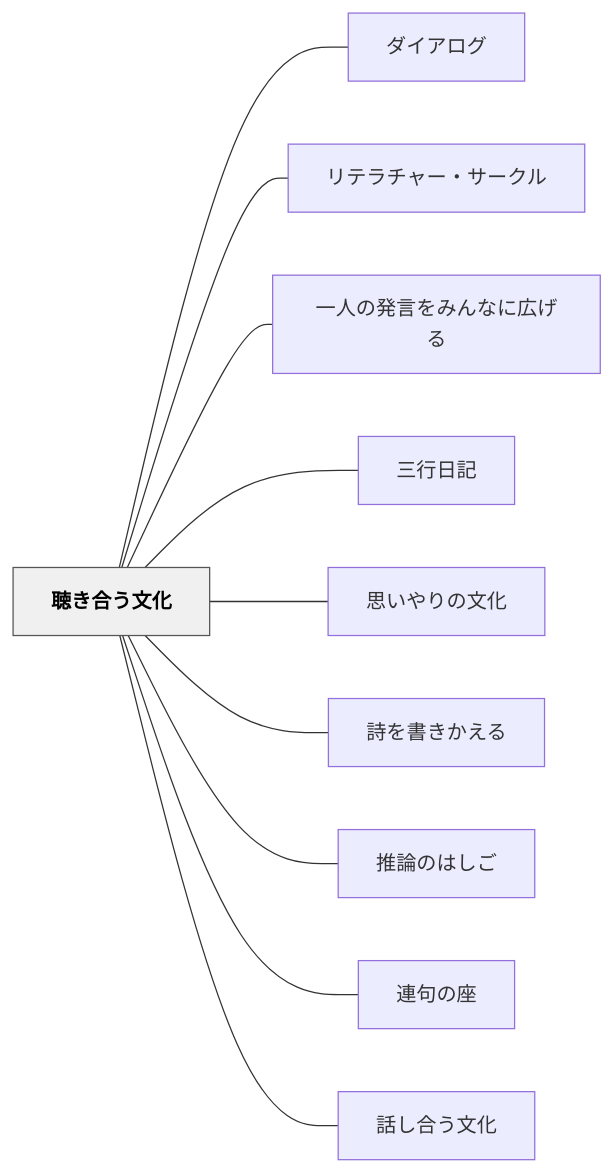
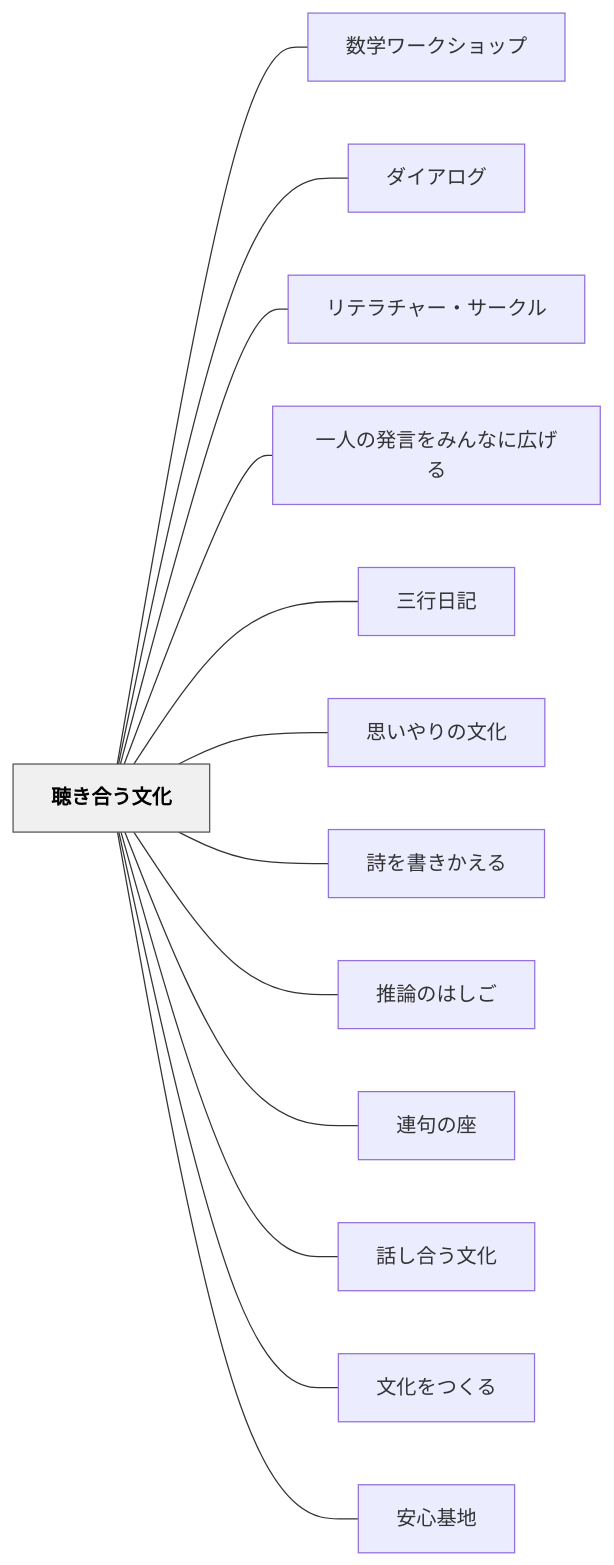
Before and after one commit to unknownthings-ed-patterns/unknownthings-ed-patterns: the diagram in content/パタン/聴き合う文化.md, drawn with Mermaid. The commit also changed other lines of this file and 100 other files, not shown here.

````diff
--- a/content/パタン/聴き合う文化.md
+++ b/content/パタン/聴き合う文化.md
@@ -69,26 +69,32 @@
 ```mermaid
 flowchart LR
     ne881b4e3818de59088e38186e69687e58c96["聴き合う文化"]
+    ne695b0e5ada6e383afe383bce382afe382b7e383a7e38383e38397["数学ワークショップ"]
     ne38380e382a4e382a2e383ade382b0["ダイアログ"]
     ne383aae38386e383a9e38381e383a3e383bce383bbe382b5e383bce382afe383ab["リテラチャー・サークル"]
     ne4b880e4babae381aee799bae8a880e38292e381bfe38293e381aae381abe5ba83e38192e3828b["一人の発言をみんなに広げる"]
     ne4b889e8a18ce697a5e8a898["三行日記"]
     ne6809de38184e38284e3828ae381aee69687e58c96["思いやりの文化"]
     ne8a9a9e38292e69bb8e3818de3818be38188e3828b["詩を書きかえる"]
     ne68ea8e8ab96e381aee381afe38197e38194["推論のはしご"]
     ne980a3e58fa5e381aee5baa7["連句の座"]
     ne8a9b1e38197e59088e38186e69687e58c96["話し合う文化"]
+    ne69687e58c96e38292e381a4e3818fe3828b["文化をつくる"]
+    ne5ae89e5bf83e59fbae59cb0["安心基地"]
 
+    ne881b4e3818de59088e38186e69687e58c96 --- ne695b0e5ada6e383afe383bce382afe382b7e383a7e38383e38397
     ne881b4e3818de59088e38186e69687e58c96 --- ne38380e382a4e382a2e383ade382b0
     ne881b4e3818de59088e38186e69687e58c96 --- ne383aae38386e383a9e38381e383a3e383bce383bbe382b5e383bce382afe383ab
     ne881b4e3818de59088e38186e69687e58c96 --- ne4b880e4babae381aee799bae8a880e38292e381bfe38293e381aae381abe5ba83e38192e3828b
     ne881b4e3818de59088e38186e69687e58c96 --- ne4b889e8a18ce697a5e8a898
     ne881b4e3818de59088e38186e69687e58c96 --- ne6809de38184e38284e3828ae381aee69687e58c96
     ne881b4e3818de59088e38186e69687e58c96 --- ne8a9a9e38292e69bb8e3818de3818be38188e3828b
     ne881b4e3818de59088e38186e69687e58c96 --- ne68ea8e8ab96e381aee381afe38197e38194
     ne881b4e3818de59088e38186e69687e58c96 --- ne980a3e58fa5e381aee5baa7
     ne881b4e3818de59088e38186e69687e58c96 --- ne8a9b1e38197e59088e38186e69687e58c96
+    ne881b4e3818de59088e38186e69687e58c96 --- ne69687e58c96e38292e381a4e3818fe3828b
+    ne881b4e3818de59088e38186e69687e58c96 --- ne5ae89e5bf83e59fbae59cb0
 
     classDef hub fill:#f0f0f0,stroke:#555,color:#000,font-weight:bold
     class ne881b4e3818de59088e38186e69687e58c96 hub
 ```
````
